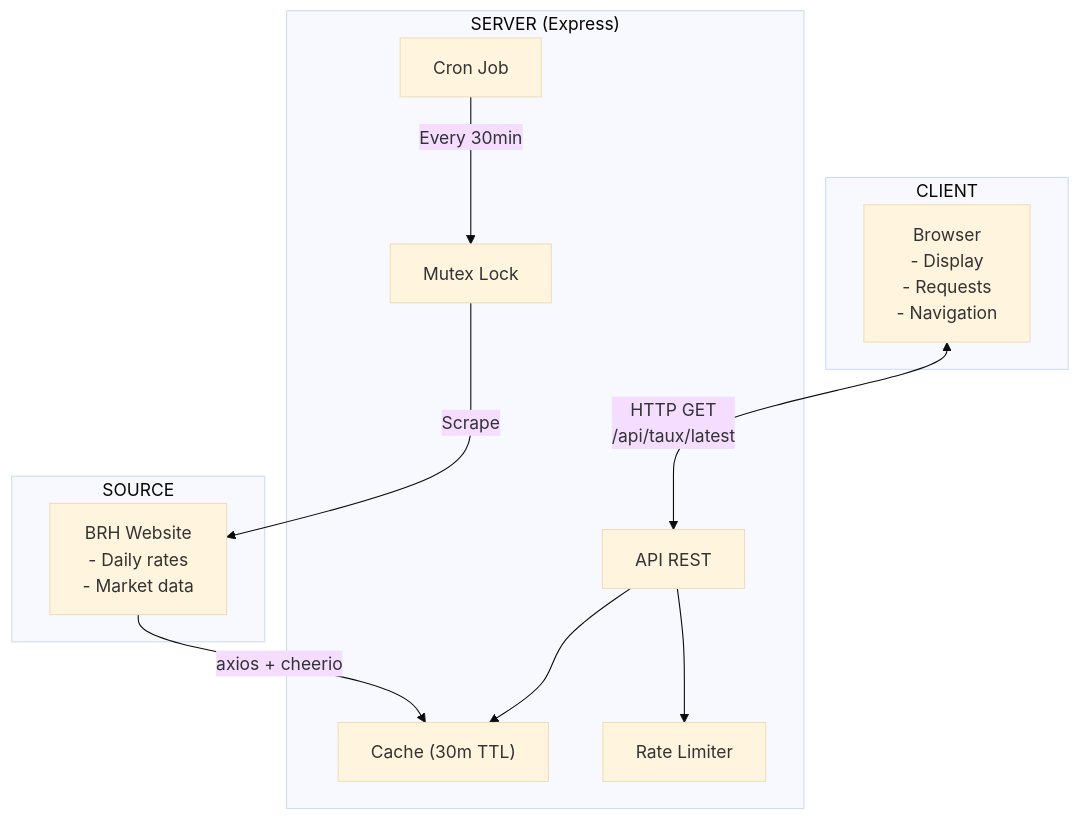
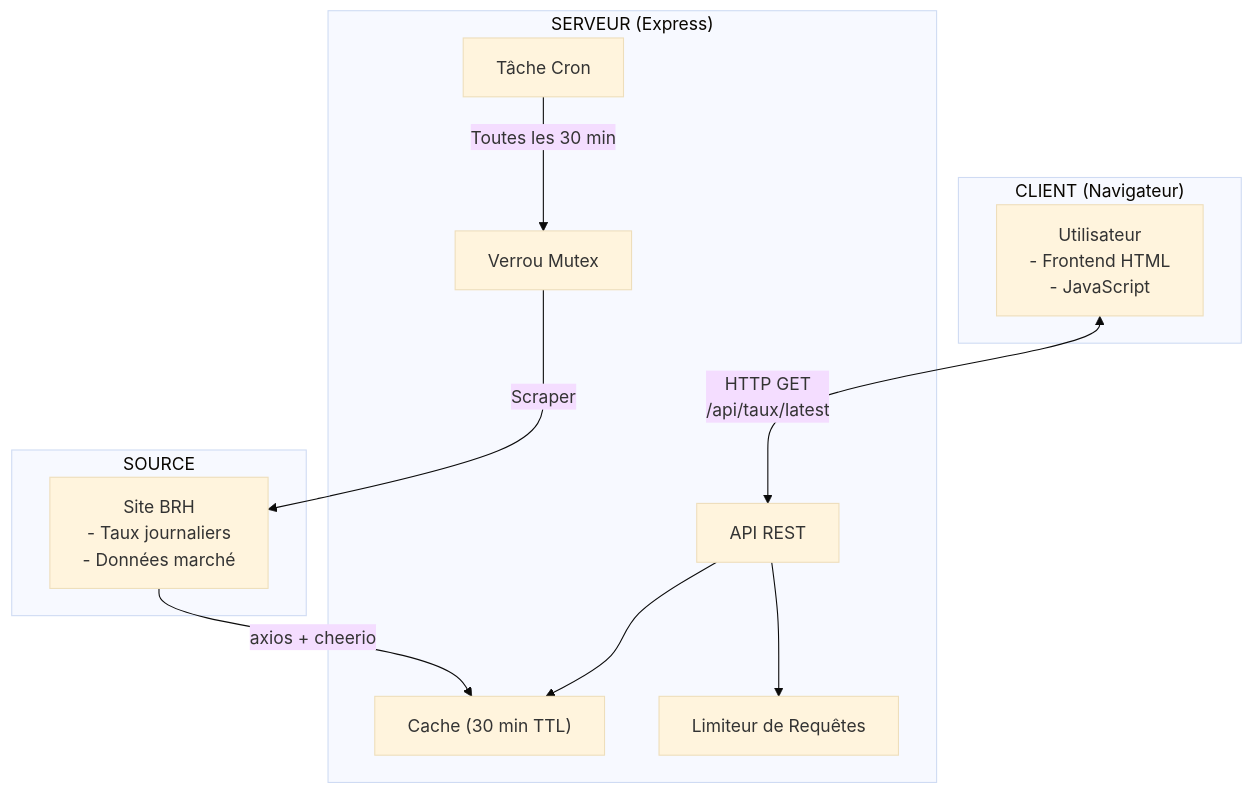
Before and after one commit to antifugazis/BRH: the first of 5 diagrams in README.md, drawn with Mermaid (base theme). The commit also changed other lines of this file, not shown here.

Commit message:
Translate Mermaid diagrams to French

````diff
--- a/README.md
+++ b/README.md
@@ -95,25 +95,25 @@
 ```mermaid
 flowchart TB
-    subgraph Client["CLIENT"]
-        Browser["Browser\n- Display\n- Requests\n- Navigation"]
+    subgraph Client["CLIENT (Navigateur)"]
+        Browser["Utilisateur\n- Frontend HTML\n- JavaScript"]
     end
 
-    subgraph Server["SERVER (Express)"]
+    subgraph Server["SERVEUR (Express)"]
         API["API REST"]
-        Cache["Cache (30m TTL)"]
-        RateLimit["Rate Limiter"]
-        Cron["Cron Job"]
-        Mutex["Mutex Lock"]
+        Cache["Cache (30 min TTL)"]
+        RateLimit["Limiteur de Requêtes"]
+        Cron["Tâche Cron"]
+        Mutex["Verrou Mutex"]
     end
 
     subgraph Source["SOURCE"]
-        BRH["BRH Website\n- Daily rates\n- Market data"]
+        BRH["Site BRH\n- Taux journaliers\n- Données marché"]
     end
 
     Browser <-->|"HTTP GET\n/api/taux/latest"| API
     API --> Cache
     API --> RateLimit
-    Cron -->|"Every 30min"| Mutex
-    Mutex -->|"Scrape"| BRH
+    Cron -->|"Toutes les 30 min"| Mutex
+    Mutex -->|"Scraper"| BRH
     BRH -->|"axios + cheerio"| Cache
 ```
````
